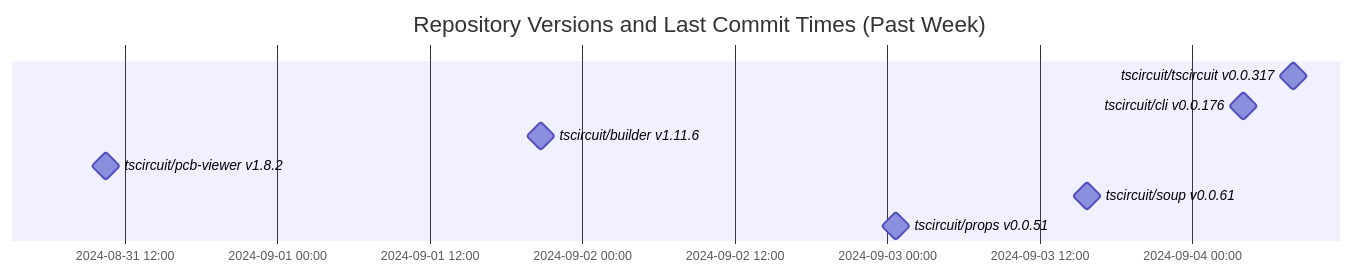
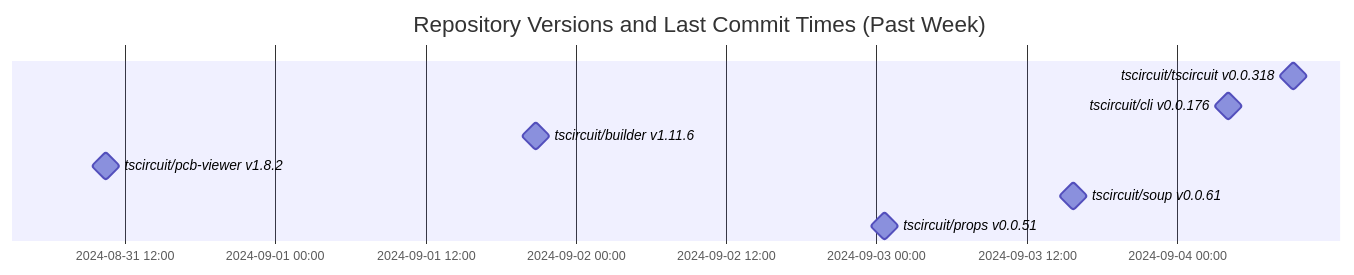
One commit to tscircuit/version-tracker changed the diagram in README.md. Above: the diagram before and after it, drawn with Mermaid.

Commit message:
Update chart

````diff
--- a/README.md
+++ b/README.md
@@ -1,13 +1,13 @@
 ```mermaid
 gantt
   dateFormat  YYYY-MM-DD HH:mm:ss
   title Repository Versions and Last Commit Times (Past Week)
   axisFormat %Y-%m-%d %H:%M
 
-  tscircuit/tscircuit v0.0.317 : milestone, 2024-09-04 07:58:42, 1s
+  tscircuit/tscircuit v0.0.318 : milestone, 2024-09-04 09:16:13, 1s
   tscircuit/cli v0.0.176 : milestone, 2024-09-04 04:03:50, 1s
   tscircuit/builder v1.11.6 : milestone, 2024-09-01 20:47:46, 1s
   tscircuit/pcb-viewer v1.8.2 : milestone, 2024-08-31 10:30:56, 1s
   tscircuit/soup v0.0.61 : milestone, 2024-09-03 15:44:43, 1s
   tscircuit/props v0.0.51 : milestone, 2024-09-03 00:38:45, 1s
 ```
````
